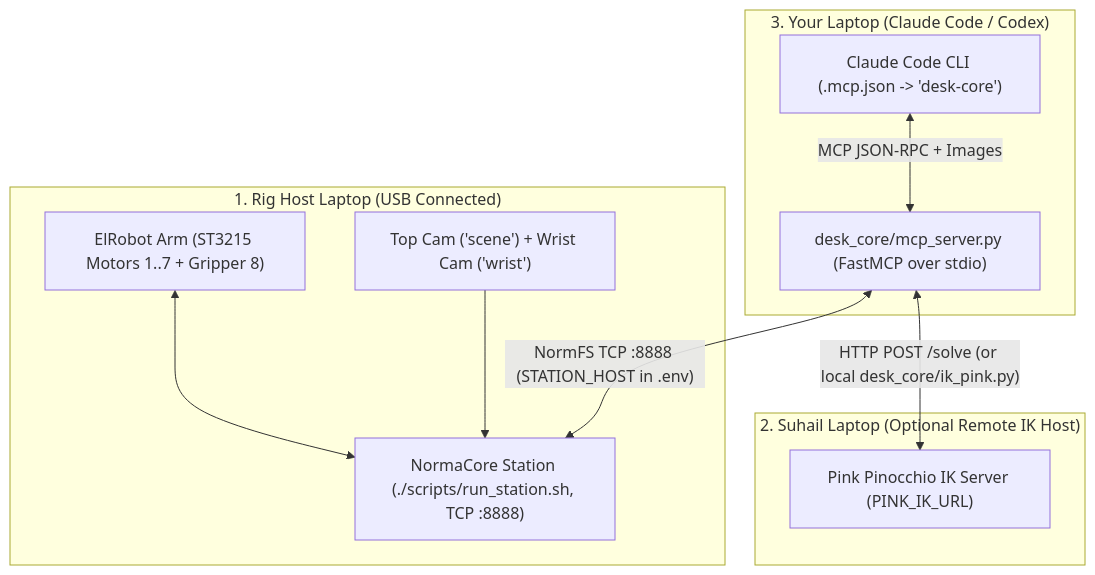
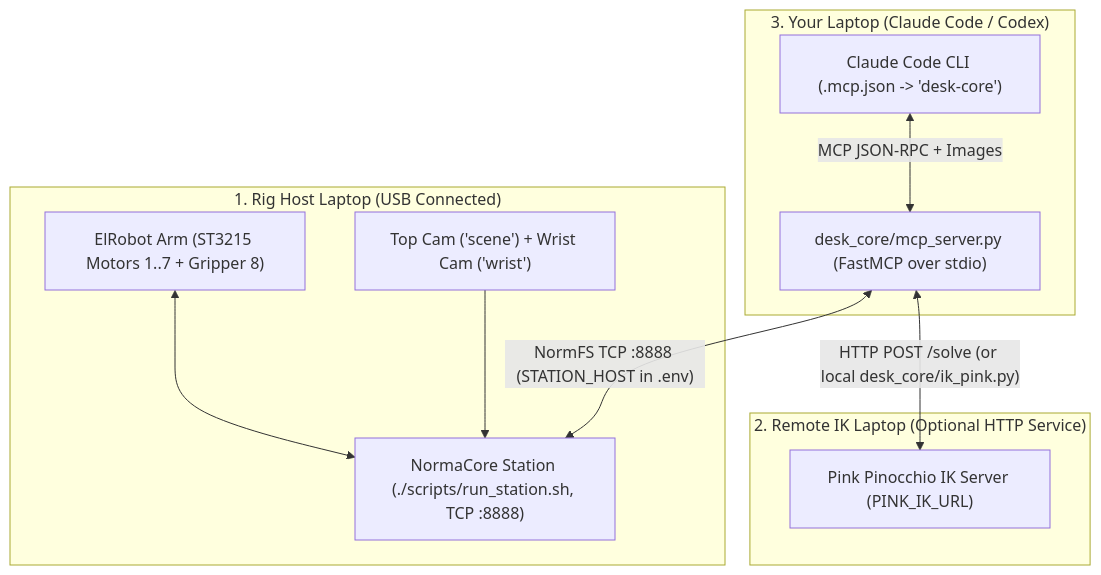
The first of 2 diagrams in docs/ARCHITECTURE.md (siddhartha-chandra/norma-core), drawn with Mermaid before and after one commit. The commit also changed other lines of this file and 9 other files, not shown here.

````diff
--- a/docs/ARCHITECTURE.md
+++ b/docs/ARCHITECTURE.md
@@ -11,23 +11,23 @@
 ```mermaid
 flowchart TD
     subgraph RIG["1. Rig Host Laptop (USB Connected)"]
         Robot["ElRobot Arm (ST3215 Motors 1..7 + Gripper 8)"]
         Cams["Top Cam ('scene') + Wrist Cam ('wrist')"]
         Station["NormaCore Station (./scripts/run_station.sh, TCP :8888)"]
         Robot <--> Station
         Cams --> Station
     end
 
-    subgraph SUHAIL["2. Suhail Laptop (Optional Remote IK Host)"]
+    subgraph IKHOST["2. Remote IK Laptop (Optional HTTP Service)"]
         Pink["Pink Pinocchio IK Server (PINK_IK_URL)"]
     end
 
     subgraph CLIENT["3. Your Laptop (Claude Code / Codex)"]
         Claude["Claude Code CLI (.mcp.json -> 'desk-core')"]
         MCP["desk_core/mcp_server.py (FastMCP over stdio)"]
         Claude <-->|"MCP JSON-RPC + Images"| MCP
     end
 
     MCP <-->|"NormFS TCP :8888 (STATION_HOST in .env)"| Station
     MCP <-->|"HTTP POST /solve (or local desk_core/ik_pink.py)"| Pink
 ```
````
